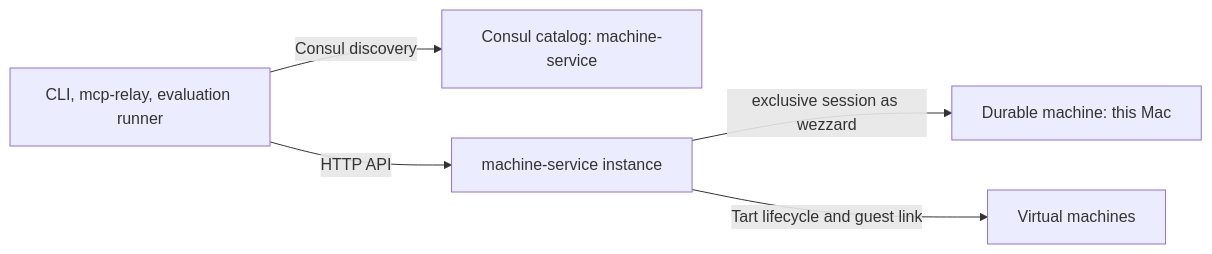
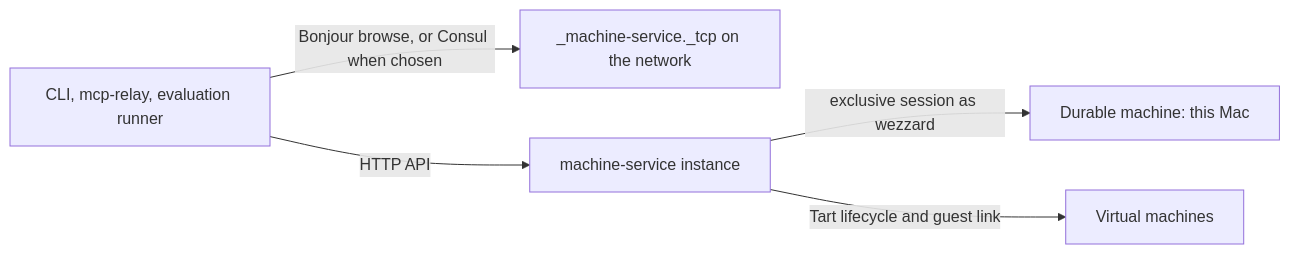
Before and after one commit to WeZZard/vm-service: the first of 2 diagrams in docs/arch/index.md, drawn with Mermaid. The commit also changed other lines of this file and 8 other files, not shown here.

First line of the commit message:
docs: machine-service discovers itself with Bonjour; Consul is an opt-in switch (DC-84, DC-85)

````diff
--- a/docs/arch/index.md
+++ b/docs/arch/index.md
@@ -13,7 +13,7 @@
 ```mermaid
 flowchart LR
-    Client[CLI, mcp-relay, evaluation runner] -->|Consul discovery| Consul[Consul catalog: machine-service]
+    Client[CLI, mcp-relay, evaluation runner] -->|Bonjour browse, or Consul when chosen| Discovery[_machine-service._tcp on the network]
     Client -->|HTTP API| Instance[machine-service instance]
     Instance -->|exclusive session as wezzard| Durable[Durable machine: this Mac]
     Instance -->|Tart lifecycle and guest link| Virtual[Virtual machines]
 ```
````
